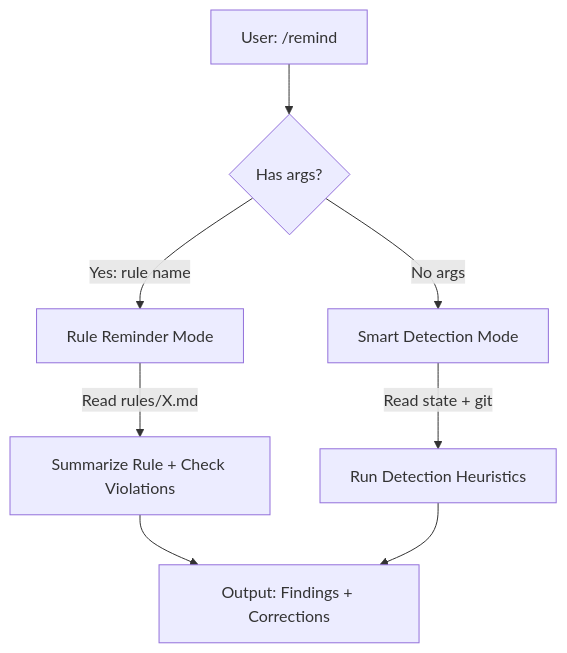
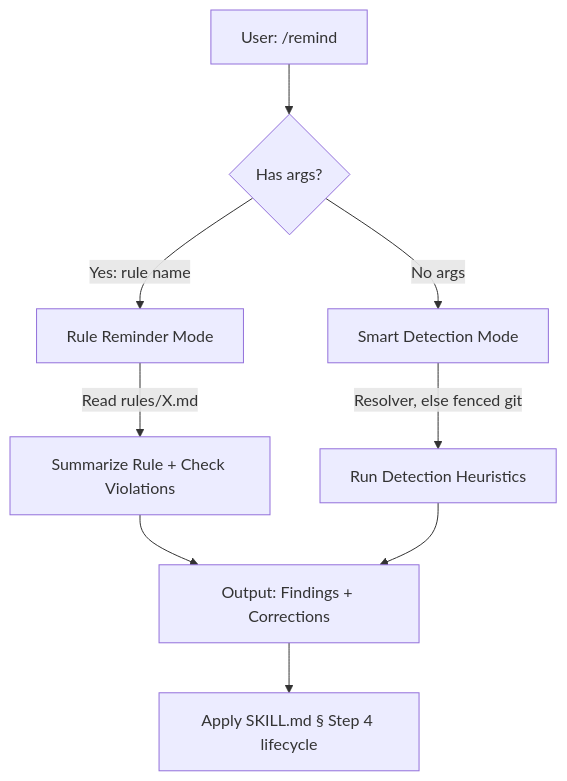
Before and after one commit to sd0xdev/sd0x-dev-flow: the diagram in docs/features/remind/2-tech-spec.md, drawn with Mermaid. The commit also changed other lines of this file and 3 other files, not shown here.

````diff
--- a/docs/features/remind/2-tech-spec.md
+++ b/docs/features/remind/2-tech-spec.md
@@ -37,10 +42,11 @@
 ```mermaid
 flowchart TD
     U[User: /remind] --> P{Has args?}
     P --> |Yes: rule name| R[Rule Reminder Mode]
     P --> |No args| D[Smart Detection Mode]
     R --> |Read rules/X.md| RS[Summarize Rule + Check Violations]
-    D --> |Read state + git| DS[Run Detection Heuristics]
+    D --> |Resolver, else fenced git| DS[Run Detection Heuristics]
     RS --> O[Output: Findings + Corrections]
     DS --> O
+    O --> X[Apply SKILL.md § Step 4 lifecycle]
 ```
````
